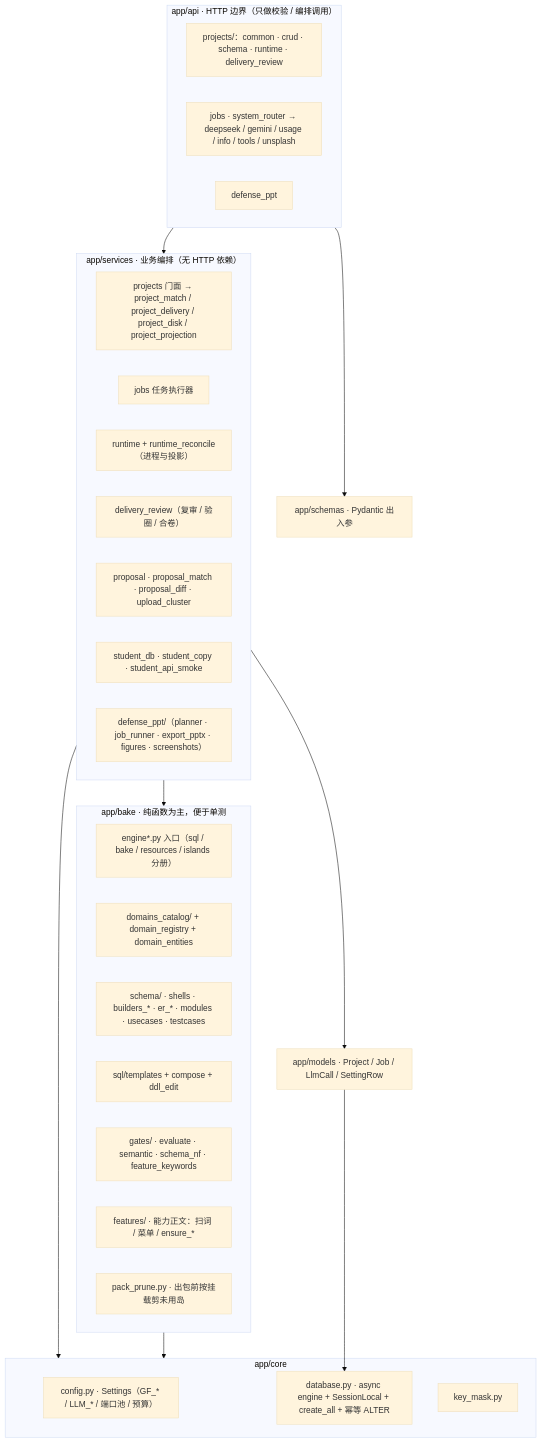
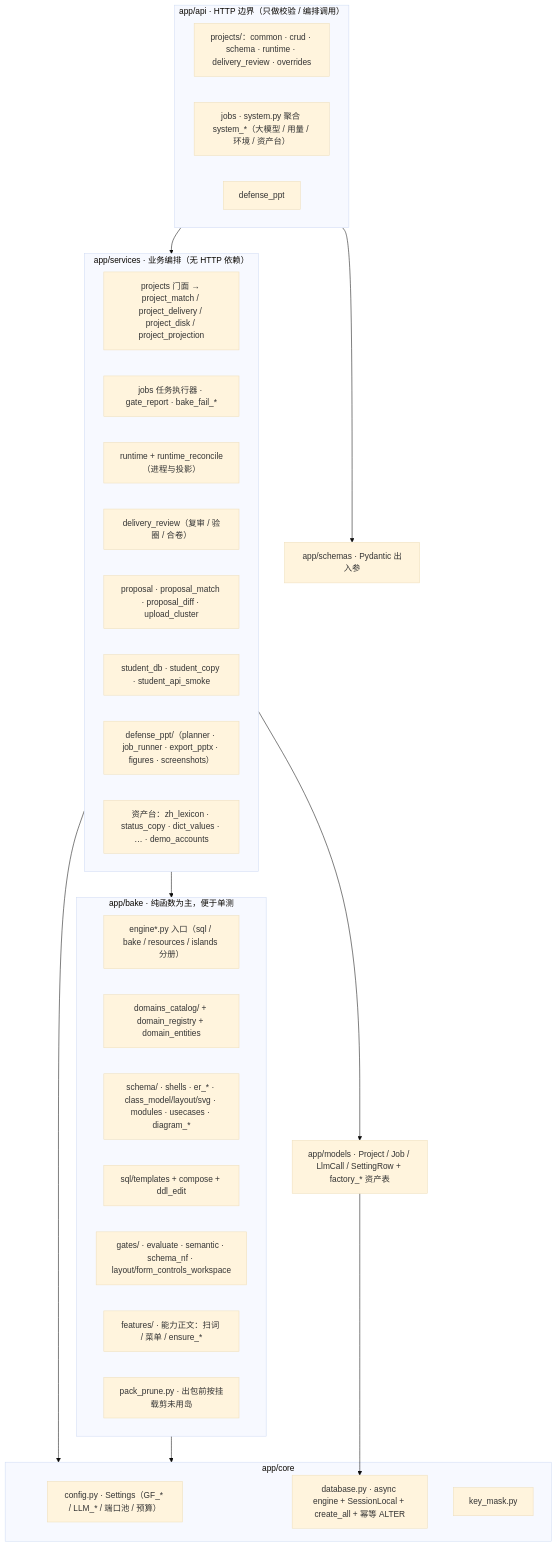
The fifth of 10 diagrams in ARCHITECTURE.md (Ta321487/Gate), drawn with Mermaid (base theme) before and after one commit. The commit also changed other lines of this file and 1 other file, not shown here.

Commit message:
架构图：同步侧栏分组、论文类图拆分与终稿吸收入口。

````diff
--- a/ARCHITECTURE.md
+++ b/ARCHITECTURE.md
@@ -257,45 +262,46 @@
 ```mermaid
 flowchart TB
     subgraph API["app/api · HTTP 边界（只做校验 / 编排调用）"]
-        A1["projects/：common · crud · schema · runtime · delivery_review"]
-        A2["jobs · system_router → deepseek / gemini / usage / info / tools / unsplash"]
+        A1["projects/：common · crud · schema · runtime · delivery_review · overrides"]
+        A2["jobs · system.py 聚合 system_*（大模型 / 用量 / 环境 / 资产台）"]
         A3["defense_ppt"]
     end
 
     subgraph SERVICES["app/services · 业务编排（无 HTTP 依赖）"]
         SV1["projects 门面 → project_match / project_delivery / project_disk / project_projection"]
-        SV2["jobs 任务执行器"]
+        SV2["jobs 任务执行器 · gate_report · bake_fail_*"]
         SV3["runtime + runtime_reconcile（进程与投影）"]
         SV4["delivery_review（复审 / 验圈 / 合卷）"]
         SV5["proposal · proposal_match · proposal_diff · upload_cluster"]
         SV6["student_db · student_copy · student_api_smoke"]
         SV7["defense_ppt/（planner · job_runner · export_pptx · figures · screenshots）"]
+        SV8["资产台：zh_lexicon · status_copy · dict_values · … · demo_accounts"]
     end
 
     subgraph CORE["app/core"]
         C1["config.py · Settings（GF_* / LLM_* / 端口池 / 预算）"]
         C2["database.py · async engine + SessionLocal + create_all + 幂等 ALTER"]
         C3["key_mask.py"]
     end
 
     subgraph BAKE["app/bake · 纯函数为主，便于单测"]
         B1["engine*.py 入口（sql / bake / resources / islands 分册）"]
         B2["domains_catalog/ + domain_registry + domain_entities"]
-        B3["schema/ · shells · builders_* · er_* · modules · usecases · testcases"]
+        B3["schema/ · shells · er_* · class_model/layout/svg · modules · usecases · diagram_*"]
         B4["sql/templates + compose + ddl_edit"]
-        B5["gates/ · evaluate · semantic · schema_nf · feature_keywords"]
+        B5["gates/ · evaluate · semantic · schema_nf · layout/form_controls_workspace"]
         B6["features/ · 能力正文：扫词 / 菜单 / ensure_*"]
         B7["pack_prune.py · 出包前按挂载剪未用岛"]
     end
 
-    MODELS["app/models · Project / Job / LlmCall / SettingRow"]
+    MODELS["app/models · Project / Job / LlmCall / SettingRow + factory_* 资产表"]
     SCHEMAS["app/schemas · Pydantic 出入参"]
 
     API --> SERVICES
     SERVICES --> BAKE
     SERVICES --> MODELS
     API --> SCHEMAS
     SERVICES --> CORE
     BAKE --> CORE
     MODELS --> C2
 ```
````
